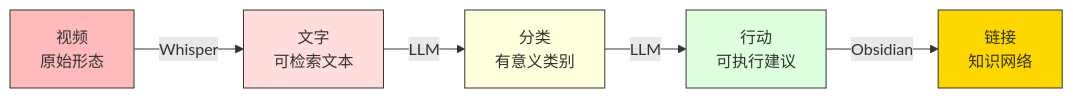
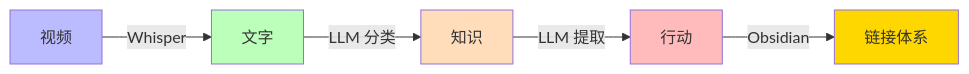
Before and after one commit to aijoey298/weixin-favor-kb: diagram 14 of 14 in blog.md, drawn with Mermaid. The commit also changed other lines of this file, not shown here.

First line of the commit message:
Rewrite blog: restructure into 快速开始/使用效果/代码详解 with 14 Mermaid diagrams

````diff
--- a/blog.md
+++ b/blog.md
@@ -1087,13 +912,13 @@
 ```mermaid
 flowchart LR
-    A["视频<br/>原始形态"] -->|Whisper| B["文字<br/>可检索文本"]
-    B -->|LLM| C["分类<br/>有意义类别"]
-    C -->|LLM| D["行动<br/>可执行建议"]
-    D -->|Obsidian| E["链接<br/>知识网络"]
+    A["视频"] -->|"Whisper"| B["文字"]
+    B -->|"LLM 分类"| C["知识"]
+    C -->|"LLM 提取"| D["行动"]
+    D -->|"Obsidian"| E["链接体系"]
 
-    style A fill:#fbb,stroke:#333
-    style B fill:#fdd,stroke:#333
-    style C fill:#ffd,stroke:#333
-    style D fill:#dfd,stroke:#333
-    style E fill:#ffd700,stroke:#333
+    style A fill:#bbf
+    style B fill:#bfb
+    style C fill:#fdb
+    style D fill:#fbb
+    style E fill:#ffd700
 ```
````
